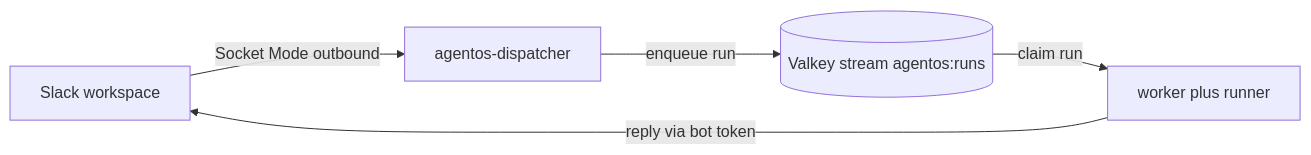
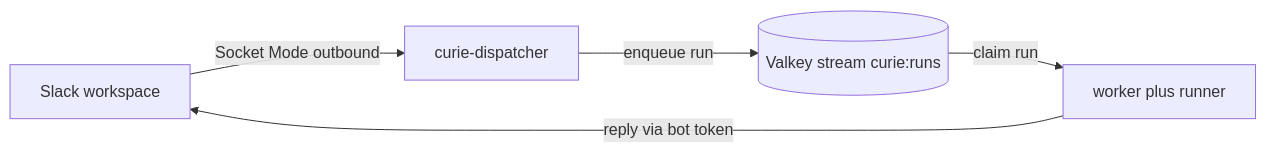
The diagram in docs/slack-local-runbook.md (coinleftt/curie), drawn with Mermaid before and after one commit. The commit also changed other lines of this file and 840 other files, not shown here.

````diff
--- a/docs/slack-local-runbook.md
+++ b/docs/slack-local-runbook.md
@@ -17,12 +17,12 @@
 ```mermaid
 flowchart LR
   slack[Slack workspace]
-  dispatcher[agentos-dispatcher]
-  valkey[(Valkey stream agentos:runs)]
+  dispatcher[curie-dispatcher]
+  valkey[(Valkey stream curie:runs)]
   worker[worker plus runner]
 
   slack -->|Socket Mode outbound| dispatcher
   dispatcher -->|enqueue run| valkey
   valkey -->|claim run| worker
   worker -->|reply via bot token| slack
 ```
````
